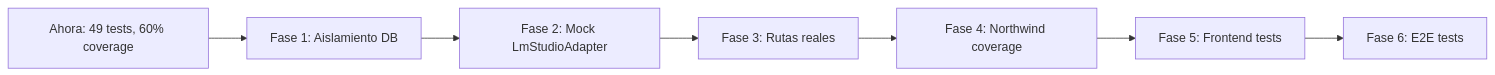
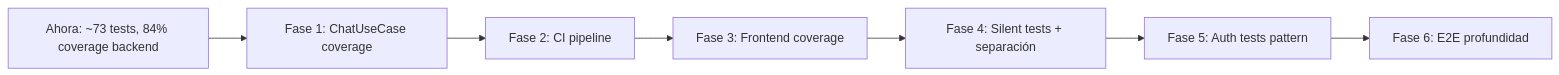
One commit to horangelmillan/chatbot-ia-local changed the diagram in docs/testing-evaluation.md. Above: the diagram before and after it, drawn with Mermaid. The commit also changed other lines of this file and 9 other files, not shown here.

````diff
--- a/docs/testing-evaluation.md
+++ b/docs/testing-evaluation.md
@@ -107,9 +104,9 @@
 ```mermaid
 graph LR
-    A[Ahora: 49 tests, 60% coverage] --> B[Fase 1: Aislamiento DB]
-    B --> C[Fase 2: Mock LmStudioAdapter]
-    C --> D[Fase 3: Rutas reales]
-    D --> E[Fase 4: Northwind coverage]
-    E --> F[Fase 5: Frontend tests]
-    F --> G[Fase 6: E2E tests]
+    A[Ahora: ~73 tests, 84% coverage backend] --> B[Fase 1: ChatUseCase coverage]
+    B --> C[Fase 2: CI pipeline]
+    C --> D[Fase 3: Frontend coverage]
+    D --> E[Fase 4: Silent tests + separación]
+    E --> F[Fase 5: Auth tests pattern]
+    F --> G[Fase 6: E2E profundidad]
 ```
````
